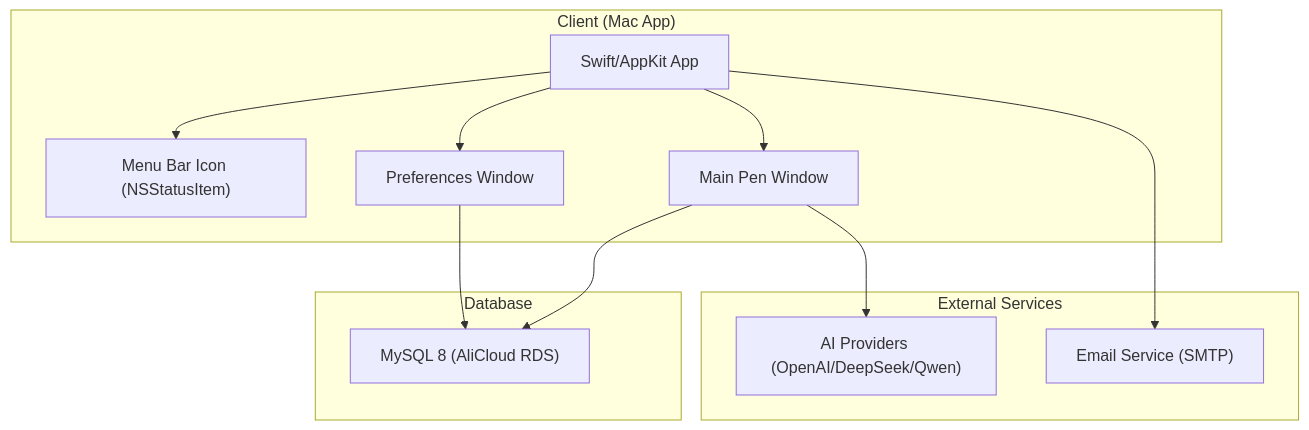
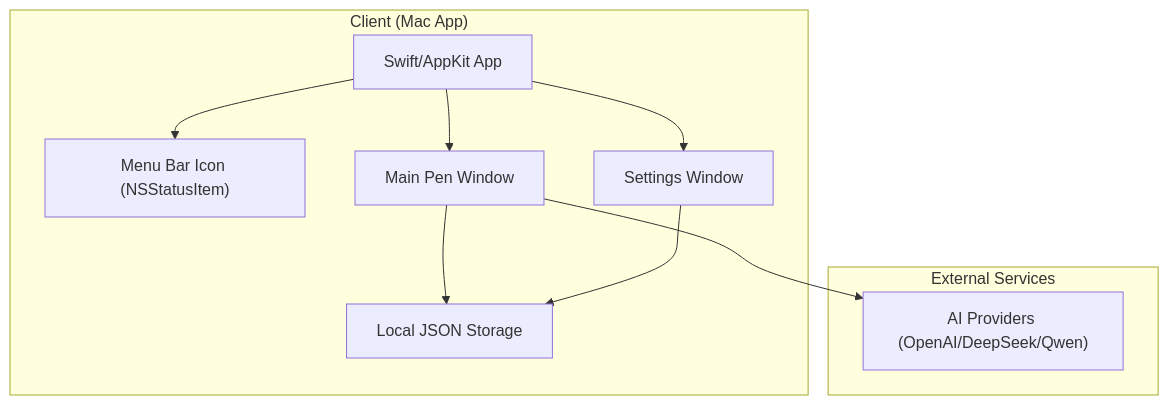
One commit to ethanhuangcst/pen.lite changed the diagram in Docs/readme.md. Above: the diagram before and after it, drawn with Mermaid. The commit also changed other lines of this file and 19 other files, not shown here.

First line of the commit message:
docs: update remaining documentation for offline-first architecture

````diff
--- a/Docs/readme.md
+++ b/Docs/readme.md
@@ -24,26 +24,21 @@
 ```mermaid
 flowchart TD
     subgraph "Client (Mac App)"
         A["Swift/AppKit App"]
         B["Menu Bar Icon (NSStatusItem)"]
         C["Main Pen Window"]
-        D["Preferences Window"]
-    end
-
-    subgraph "Database"
-        I["MySQL 8 (AliCloud RDS)"]
+        D["Settings Window"]
+        E["Local JSON Storage"]
     end
 
     subgraph "External Services"
         J["AI Providers (OpenAI/DeepSeek/Qwen)"]
-        K["Email Service (SMTP)"]
     end
 
     A --> B
     A --> C
     A --> D
-    C --> I
-    D --> I
+    C --> E
+    D --> E
     C --> J
-    A --> K
 ```
````
